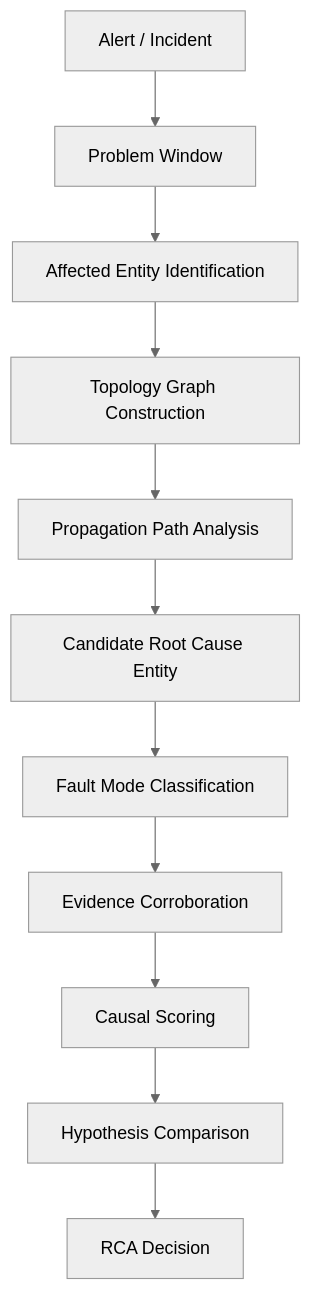
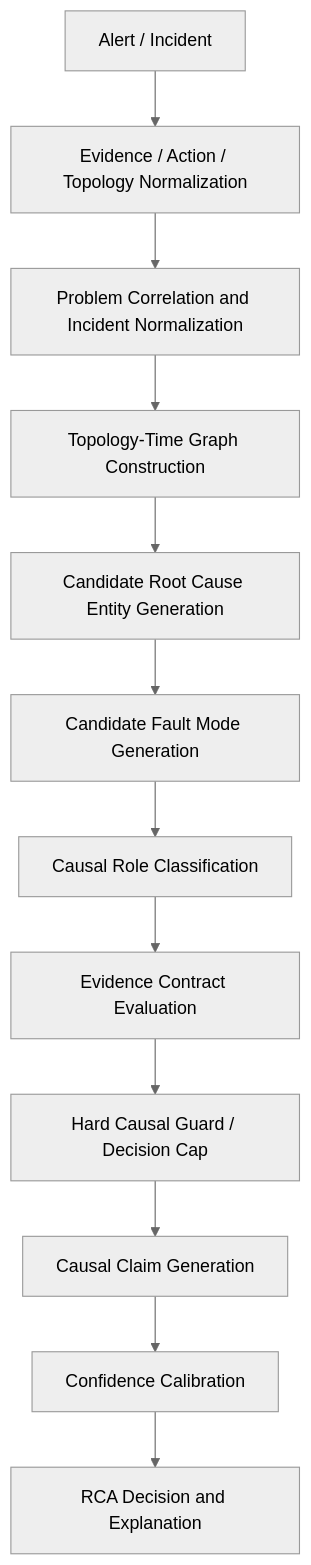
The diagram in docs/architecture/rca-causal-model.md (definewbie/sre-production-agent), drawn with Mermaid (neutral theme) before and after one commit. The commit also changed other lines of this file and 10 other files, not shown here.

Commit message:
docs: add RCA causal model and interaction design

````diff
--- a/docs/architecture/rca-causal-model.md
+++ b/docs/architecture/rca-causal-model.md
@@ -66,13 +98,14 @@
 ```mermaid
 flowchart TD
-  A[Alert / Incident] --> B[Problem Window]
-  B --> C[Affected Entity Identification]
-  C --> D[Topology Graph Construction]
-  D --> E[Propagation Path Analysis]
-  E --> F[Candidate Root Cause Entity]
-  F --> G[Fault Mode Classification]
-  G --> H[Evidence Corroboration]
-  H --> I[Causal Scoring]
-  I --> J[Hypothesis Comparison]
-  J --> K[RCA Decision]
+  A[Alert / Incident] --> B[Evidence / Action / Topology Normalization]
+  B --> C[Problem Correlation and Incident Normalization]
+  C --> D[Topology-Time Graph Construction]
+  D --> E[Candidate Root Cause Entity Generation]
+  E --> F[Candidate Fault Mode Generation]
+  F --> G[Causal Role Classification]
+  G --> H[Evidence Contract Evaluation]
+  H --> I[Hard Causal Guard / Decision Cap]
+  I --> J[Causal Claim Generation]
+  J --> K[Confidence Calibration]
+  K --> L[RCA Decision and Explanation]
 ```
````
